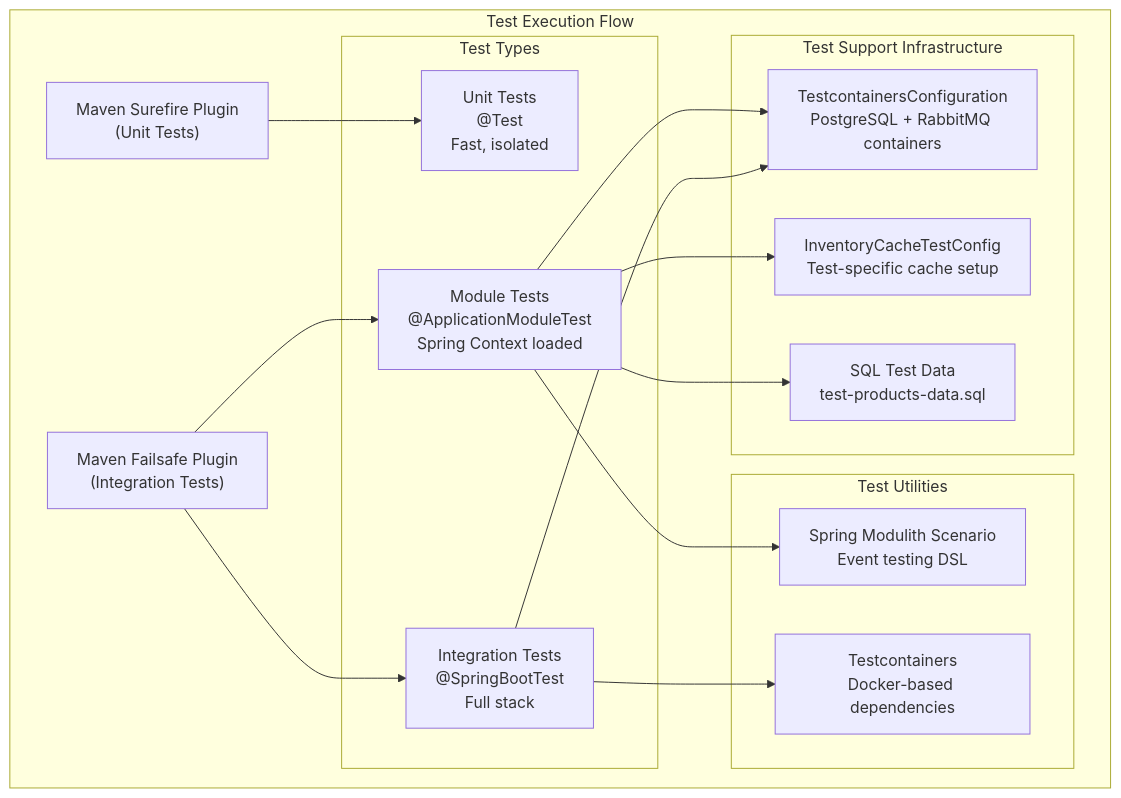
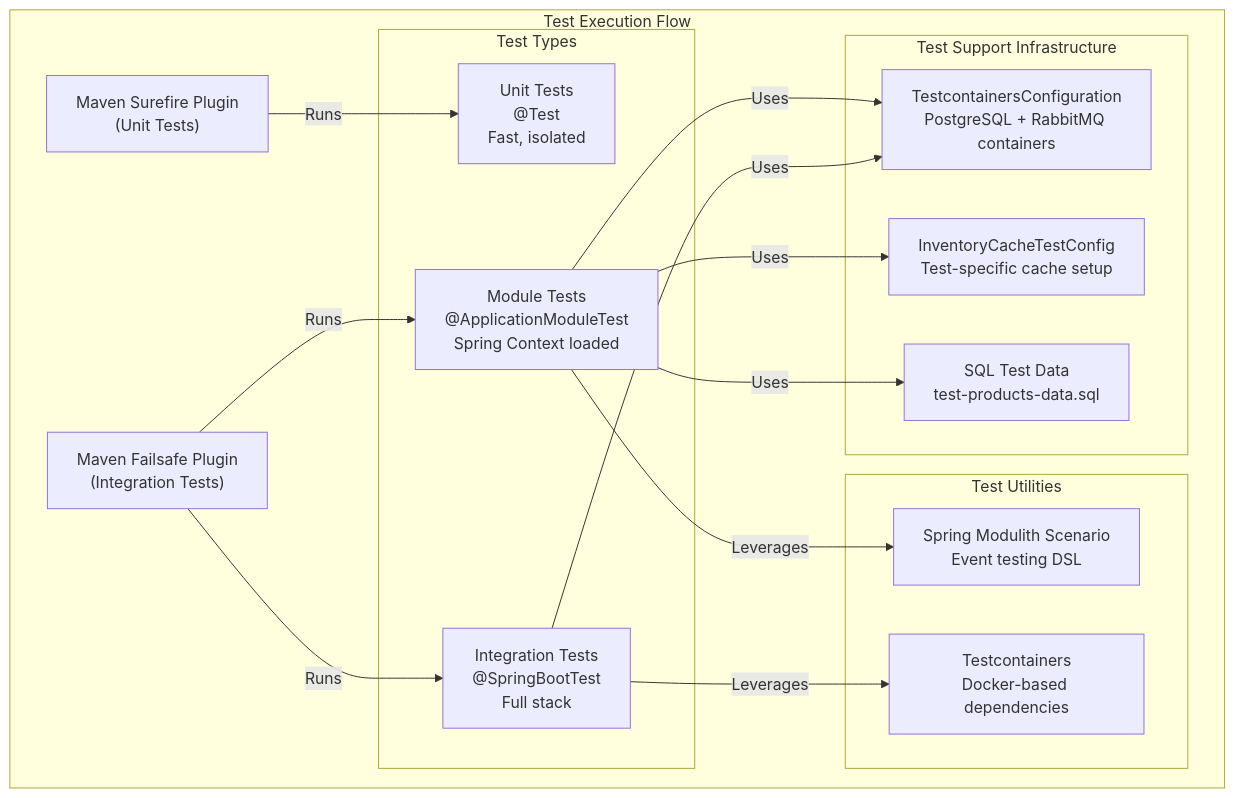
One commit to philipz/spring-modular-monolith changed the second of 4 diagrams in docs/deepwiki/Building-and-Testing.md. Above: the diagram before and after it, drawn with Mermaid. The commit also changed other lines of this file and 55 other files, not shown here.

````diff
--- a/docs/deepwiki/Building-and-Testing.md
+++ b/docs/deepwiki/Building-and-Testing.md
@@ -102,45 +102,45 @@
 ```mermaid
 flowchart TD
 
 SpringModulithScenario["Spring Modulith Scenario<br>Event testing DSL"]
 MavenSurefire["Maven Surefire Plugin<br>(Unit Tests)"]
 UnitTests["Unit Tests<br>@Test<br>Fast, isolated"]
 MavenFailsafe["Maven Failsafe Plugin<br>(Integration Tests)"]
 ModuleTests["Module Tests<br>@ApplicationModuleTest<br>Spring Context loaded"]
 IntegrationTests["Integration Tests<br>@SpringBootTest<br>Full stack"]
 TestcontainersConfig["TestcontainersConfiguration<br>PostgreSQL + RabbitMQ containers"]
 CacheTestConfig["InventoryCacheTestConfig<br>Test-specific cache setup"]
 TestData["SQL Test Data<br>test-products-data.sql"]
 Testcontainers["Testcontainers<br>Docker-based dependencies"]
 
 subgraph subGraph3 ["Test Execution Flow"]
     MavenSurefire
     MavenFailsafe
-    MavenSurefire --> UnitTests
-    MavenFailsafe --> ModuleTests
-    MavenFailsafe --> IntegrationTests
-    ModuleTests --> TestcontainersConfig
-    ModuleTests --> CacheTestConfig
-    ModuleTests --> TestData
-    IntegrationTests --> TestcontainersConfig
-    ModuleTests --> SpringModulithScenario
-    IntegrationTests --> Testcontainers
+    MavenSurefire -->|"Runs"| UnitTests
+    MavenFailsafe -->|"Runs"| ModuleTests
+    MavenFailsafe -->|"Runs"| IntegrationTests
+    ModuleTests -->|"Uses"| TestcontainersConfig
+    ModuleTests -->|"Uses"| CacheTestConfig
+    ModuleTests -->|"Uses"| TestData
+    IntegrationTests -->|"Uses"| TestcontainersConfig
+    ModuleTests -->|"Leverages"| SpringModulithScenario
+    IntegrationTests -->|"Leverages"| Testcontainers
 
 subgraph subGraph2 ["Test Utilities"]
     SpringModulithScenario
     Testcontainers
 end
 
 subgraph subGraph1 ["Test Types"]
     UnitTests
     ModuleTests
     IntegrationTests
 end
 
 subgraph subGraph0 ["Test Support Infrastructure"]
     TestcontainersConfig
     CacheTestConfig
     TestData
 end
 end
 ```
````
